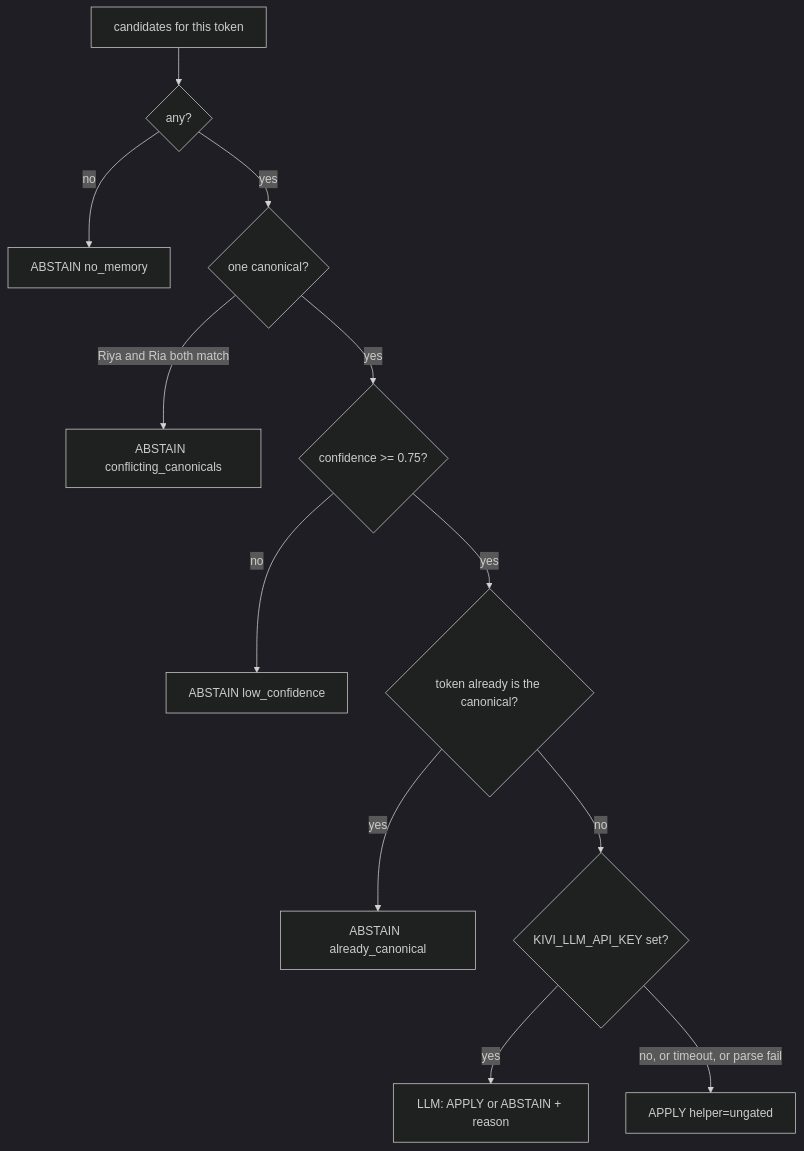
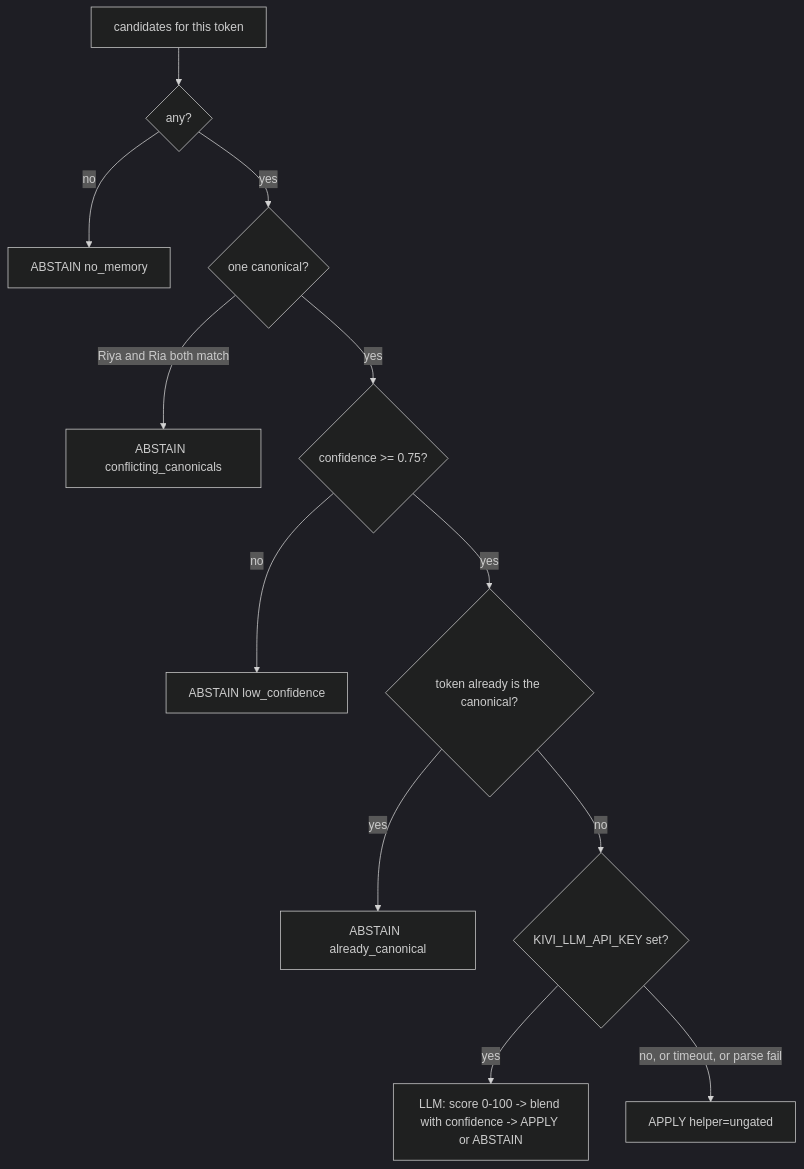
The fourth of 6 diagrams in README.md (Akshit11318/kivi-memory-backend-akshit), drawn with Mermaid (dark theme) before and after one commit. The commit also changed other lines of this file and 10 other files, not shown here.

````diff
--- a/README.md
+++ b/README.md
@@ -160,14 +160,14 @@
 ```mermaid
 flowchart TD
   Start[candidates for this token] --> A{any?}
   A -->|no| N[ABSTAIN  no_memory]
   A -->|yes| B{one canonical?}
   B -->|Riya and Ria both match| C[ABSTAIN  conflicting_canonicals]
   B -->|yes| D{confidence >= 0.75?}
   D -->|no| L[ABSTAIN  low_confidence]
   D -->|yes| E{token already is the canonical?}
   E -->|yes| AC[ABSTAIN  already_canonical]
   E -->|no| Helper{KIVI_LLM_API_KEY set?}
-  Helper -->|yes| LLM[LLM: APPLY or ABSTAIN + reason]
+  Helper -->|yes| LLM[LLM: score 0-100 -> blend with confidence -> APPLY or ABSTAIN]
   Helper -->|no, or timeout, or parse fail| Ungated[APPLY  helper=ungated]
 ```
````
